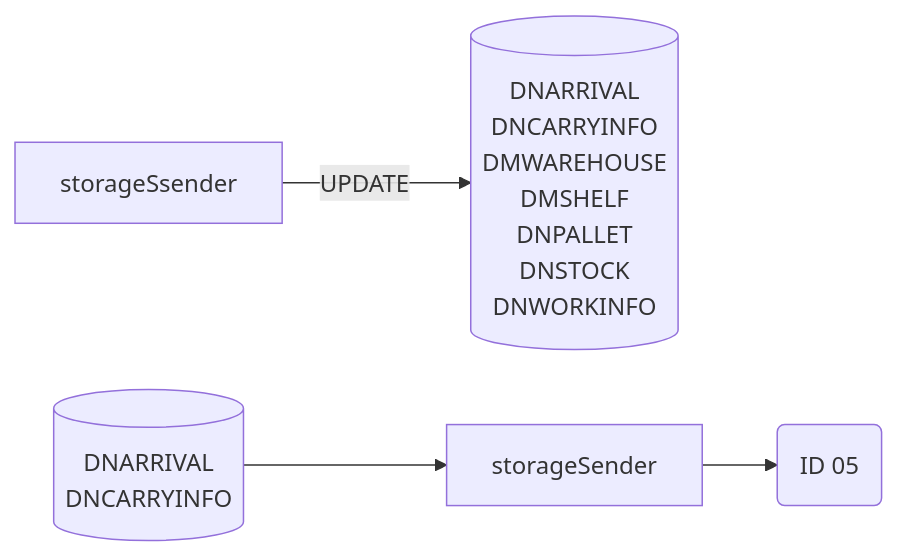
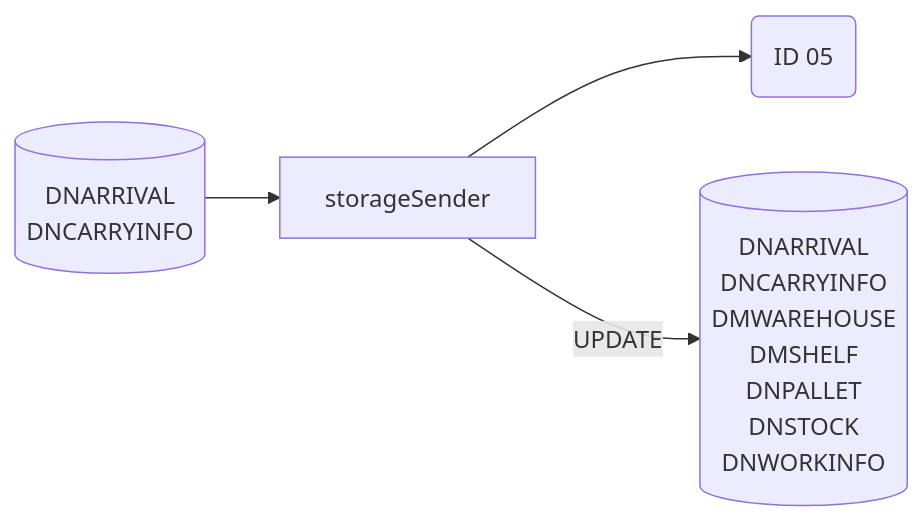
One commit to luthfiadityaa/SimeDarby-Wiki changed the third of 23 diagrams in Basic-Design/DFD-WMS/Storage/Palletizing-Settting/Palletize-Start.md. Above: the diagram before and after it, drawn with Mermaid.

Commit message:
Updated Palletize Start

```diff
--- a/Basic-Design/DFD-WMS/Storage/Palletizing-Settting/Palletize-Start.md
+++ b/Basic-Design/DFD-WMS/Storage/Palletizing-Settting/Palletize-Start.md
@@ -313,23 +313,23 @@
 ::: mermaid
 flowchart LR
 storageSender-update[("
 DNARRIVAL
 DNCARRYINFO
 DMWAREHOUSE
 DMSHELF
 DNPALLET
 DNSTOCK
 DNWORKINFO
 ")]
 storageSender-input[("
 DNARRIVAL
 DNCARRYINFO
 ")]
 
 id05msg("
 ID 05
 ")
 
 storageSender-input-->storageSender-->id05msg
-storageSsender--> |UPDATE| storageSender-update
+storageSender--> |UPDATE| storageSender-update
 :::
```
